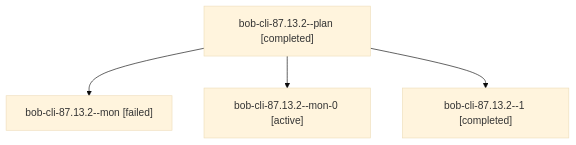
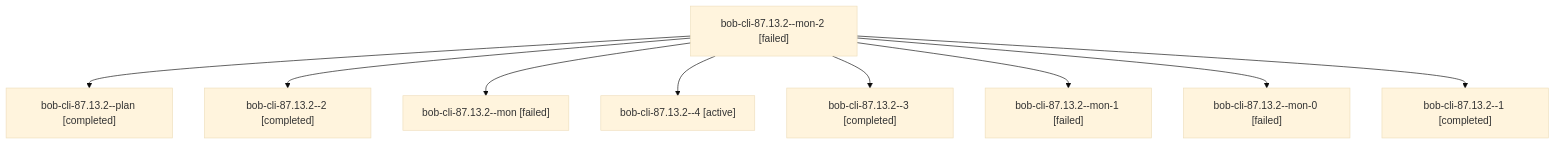
The diagram in sessions/bbugyi200.athena.bob-cli-87.13.2.md (bobs-org/bob-cli--agents), drawn with Mermaid (base theme) before and after one commit. The commit also changed other lines of this file and 161 other files, not shown here.

````diff
--- a/sessions/bbugyi200.athena.bob-cli-87.13.2.md
+++ b/sessions/bbugyi200.athena.bob-cli-87.13.2.md
@@ -9,10 +9,20 @@
 ```mermaid
 flowchart TD
-  n0["bob-cli-87.13.2--plan [completed]"]
-  n1["bob-cli-87.13.2--mon [failed]"]
+  n0["bob-cli-87.13.2--mon-2 [failed]"]
+  n1["bob-cli-87.13.2--plan [completed]"]
   n0 --> n1
-  n2["bob-cli-87.13.2--mon-0 [active]"]
+  n2["bob-cli-87.13.2--2 [completed]"]
   n0 --> n2
-  n3["bob-cli-87.13.2--1 [completed]"]
+  n3["bob-cli-87.13.2--mon [failed]"]
   n0 --> n3
+  n4["bob-cli-87.13.2--4 [active]"]
+  n0 --> n4
+  n5["bob-cli-87.13.2--3 [completed]"]
+  n0 --> n5
+  n6["bob-cli-87.13.2--mon-1 [failed]"]
+  n0 --> n6
+  n7["bob-cli-87.13.2--mon-0 [failed]"]
+  n0 --> n7
+  n8["bob-cli-87.13.2--1 [completed]"]
+  n0 --> n8
 ```
````
